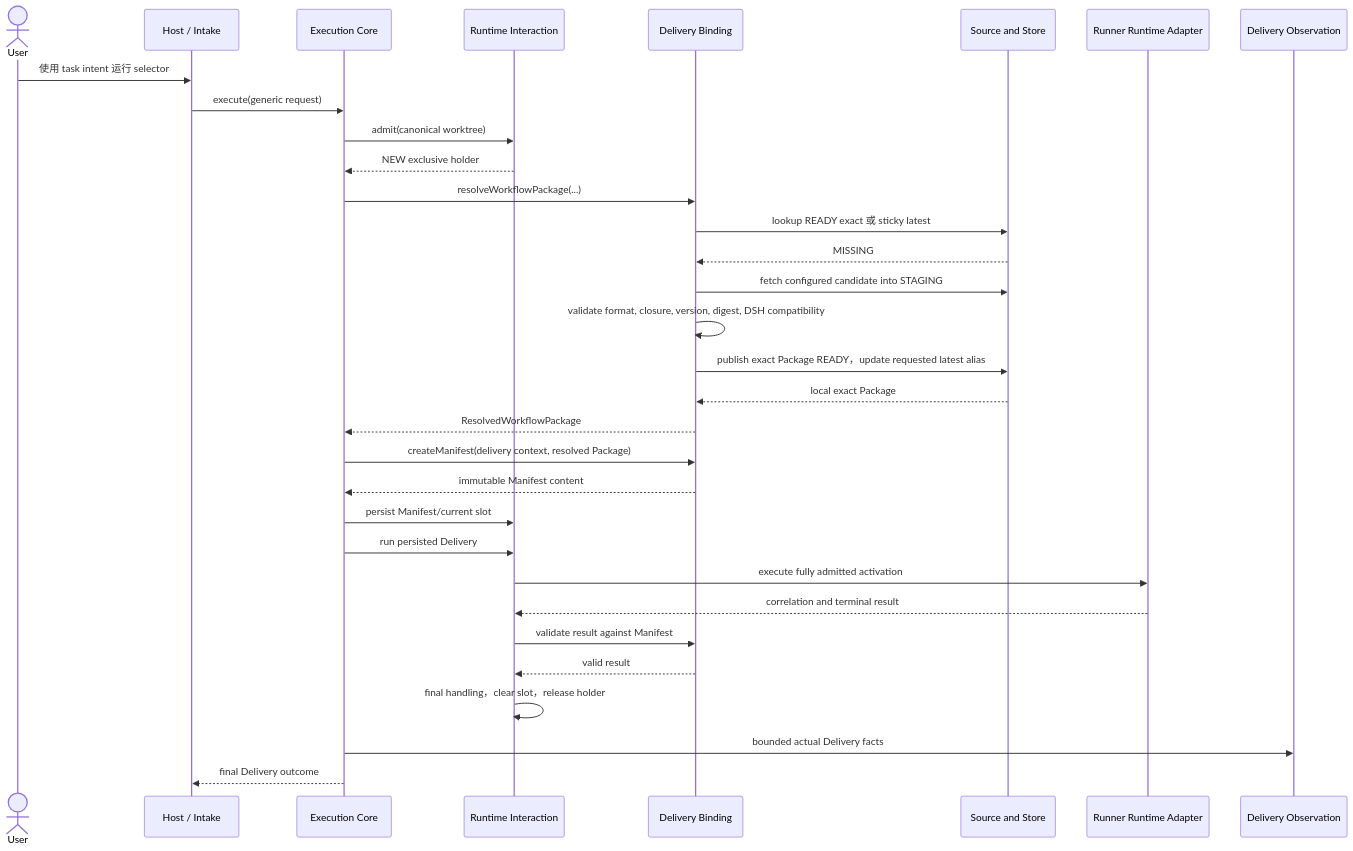
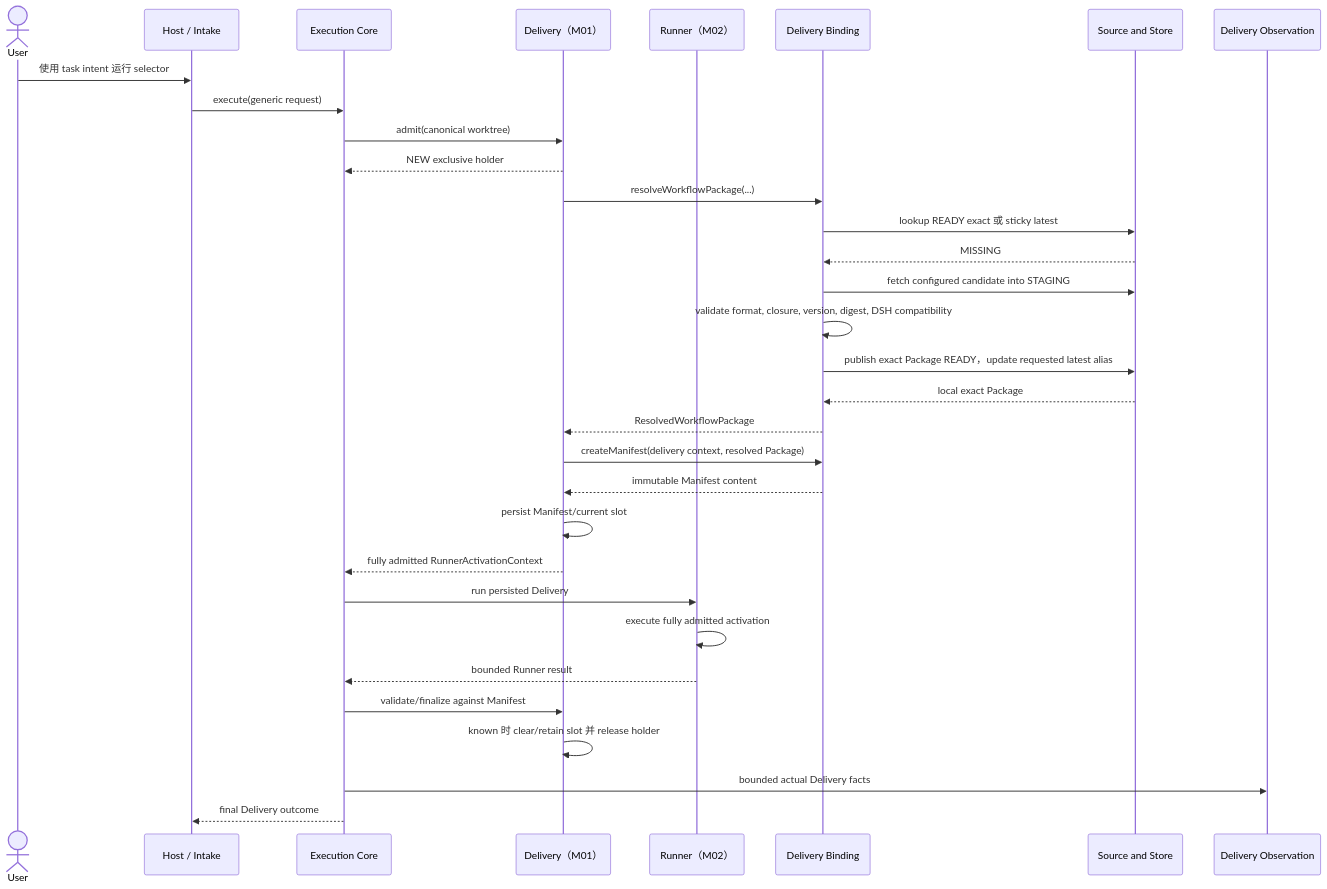
One commit to firestige/workflow-self-recursive changed the second of 4 diagrams in docs/systems/execution/project-execution-system.zh-CN.md. Above: the diagram before and after it, drawn with Mermaid. The commit also changed other lines of this file and 28 other files, not shown here.

````diff
--- a/docs/systems/execution/project-execution-system.zh-CN.md
+++ b/docs/systems/execution/project-execution-system.zh-CN.md
@@ -184,35 +182,35 @@
 ```mermaid
 sequenceDiagram
     actor User
     participant Host as Host / Intake
     participant Core as Execution Core
-    participant RI as Runtime Interaction
+    participant Delivery as Delivery（M01）
+    participant Runner as Runner（M02）
     participant DB as Delivery Binding
     participant SS as Source and Store
-    participant Runtime as Runner Runtime Adapter
     participant DO as Delivery Observation
 
     User->>Host: 使用 task intent 运行 selector
     Host->>Core: execute(generic request)
-    Core->>RI: admit(canonical worktree)
-    RI-->>Core: NEW exclusive holder
-    Core->>DB: resolveWorkflowPackage(...)
+    Core->>Delivery: admit(canonical worktree)
+    Delivery-->>Core: NEW exclusive holder
+    Delivery->>DB: resolveWorkflowPackage(...)
     DB->>SS: lookup READY exact 或 sticky latest
     SS-->>DB: MISSING
     DB->>SS: fetch configured candidate into STAGING
     DB->>DB: validate format, closure, version, digest, DSH compatibility
     DB->>SS: publish exact Package READY，update requested latest alias
     SS-->>DB: local exact Package
-    DB-->>Core: ResolvedWorkflowPackage
-    Core->>DB: createManifest(delivery context, resolved Package)
-    DB-->>Core: immutable Manifest content
-    Core->>RI: persist Manifest/current slot
-    Core->>RI: run persisted Delivery
-    RI->>Runtime: execute fully admitted activation
-    Runtime-->>RI: correlation and terminal result
-    RI->>DB: validate result against Manifest
-    DB-->>RI: valid result
-    RI->>RI: final handling，clear slot，release holder
+    DB-->>Delivery: ResolvedWorkflowPackage
+    Delivery->>DB: createManifest(delivery context, resolved Package)
+    DB-->>Delivery: immutable Manifest content
+    Delivery->>Delivery: persist Manifest/current slot
+    Delivery-->>Core: fully admitted RunnerActivationContext
+    Core->>Runner: run persisted Delivery
+    Runner->>Runner: execute fully admitted activation
+    Runner-->>Core: bounded Runner result
+    Core->>Delivery: validate/finalize against Manifest
+    Delivery->>Delivery: known 时 clear/retain slot 并 release holder
     Core->>DO: bounded actual Delivery facts
     Core-->>Host: final Delivery outcome
 ```
````
